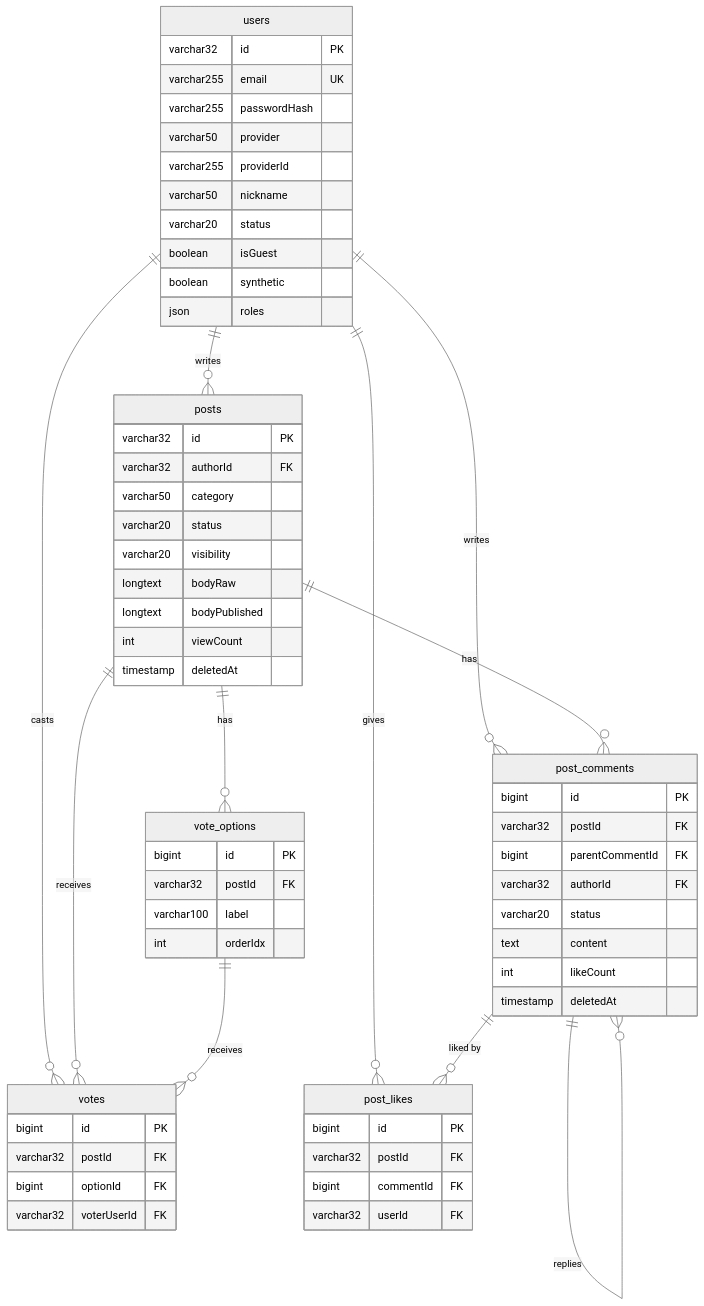
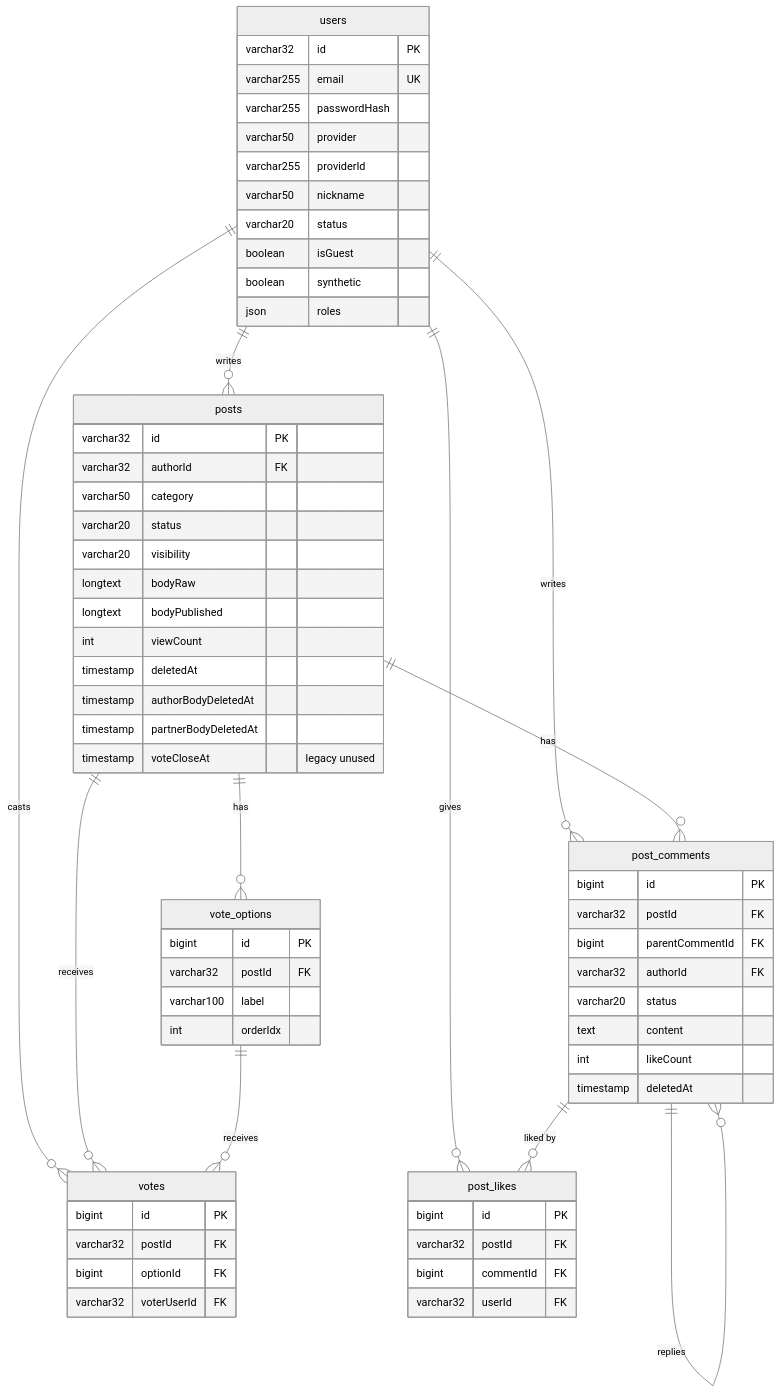
The diagram in docs/shared/api/database-schema.md (Justant-source/Again-Spring), drawn with Mermaid (neutral theme) before and after one commit. The commit also changed other lines of this file and 50 other files, not shown here.

````diff
--- a/docs/shared/api/database-schema.md
+++ b/docs/shared/api/database-schema.md
@@ -11,70 +11,73 @@
 ```mermaid
 erDiagram
     users {
         varchar32 id PK
         varchar255 email UK
         varchar255 passwordHash
         varchar50 provider
         varchar255 providerId
         varchar50 nickname
         varchar20 status
         boolean isGuest
         boolean synthetic
         json roles
     }
 
     posts {
         varchar32 id PK
         varchar32 authorId FK
         varchar50 category
         varchar20 status
         varchar20 visibility
         longtext bodyRaw
         longtext bodyPublished
         int viewCount
         timestamp deletedAt
+        timestamp authorBodyDeletedAt
+        timestamp partnerBodyDeletedAt
+        timestamp voteCloseAt "legacy unused"
     }
 
     vote_options {
         bigint id PK
         varchar32 postId FK
         varchar100 label
         int orderIdx
     }
 
     votes {
         bigint id PK
         varchar32 postId FK
         bigint optionId FK
         varchar32 voterUserId FK
     }
 
     post_comments {
         bigint id PK
         varchar32 postId FK
         bigint parentCommentId FK
         varchar32 authorId FK
         varchar20 status
         text content
         int likeCount
         timestamp deletedAt
     }
 
     post_likes {
         bigint id PK
         varchar32 postId FK
         bigint commentId FK
         varchar32 userId FK
     }
 
     users ||--o{ posts : "writes"
     users ||--o{ votes : "casts"
     users ||--o{ post_comments : "writes"
     users ||--o{ post_likes : "gives"
     posts ||--o{ vote_options : "has"
     posts ||--o{ votes : "receives"
     posts ||--o{ post_comments : "has"
     vote_options ||--o{ votes : "receives"
     post_comments ||--o{ post_comments : "replies"
     post_comments ||--o{ post_likes : "liked by"
 ```
````
